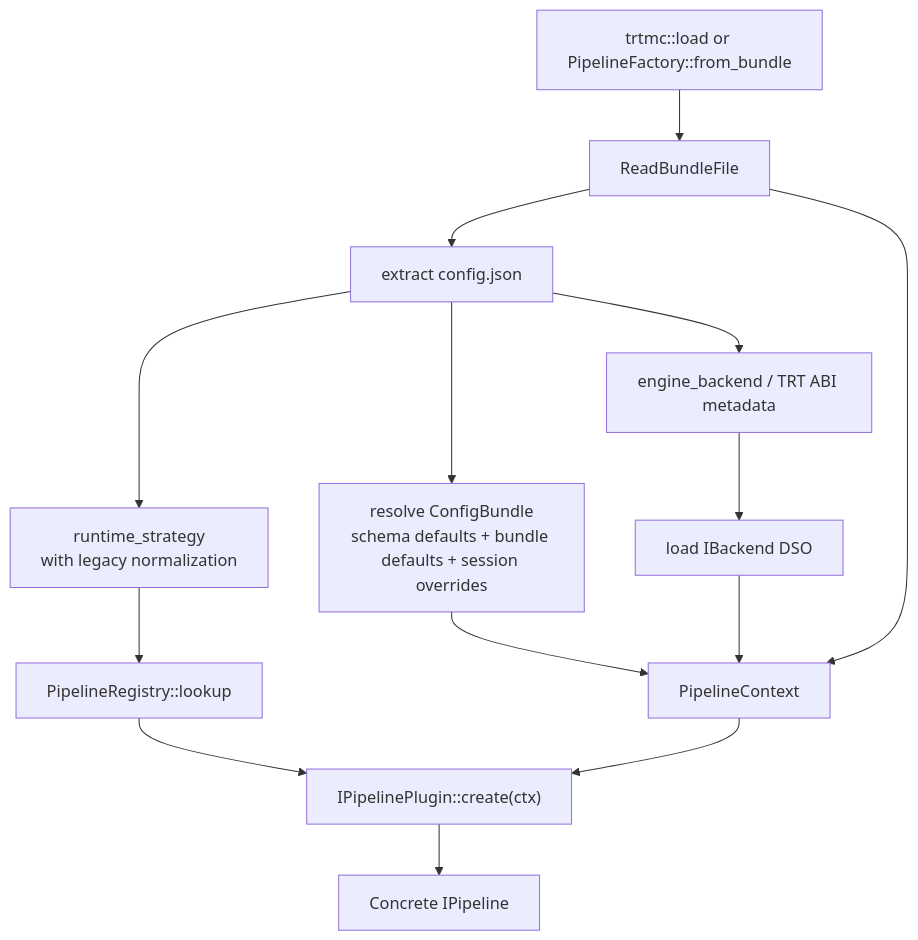
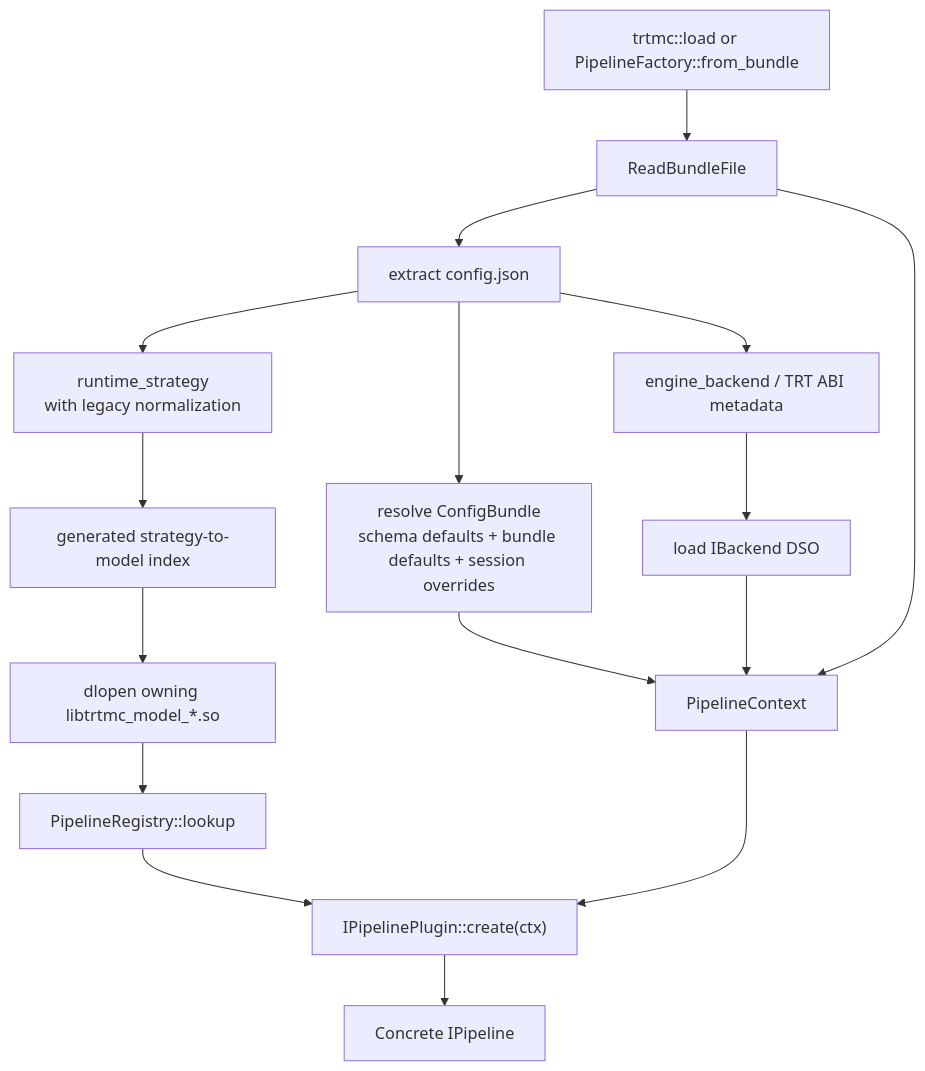
The fifth of 6 diagrams in website/docs/architecture/overview.md (NVIDIA/TensorRT-Model-Connect), drawn with Mermaid before and after one commit. The commit also changed other lines of this file and 104 other files, not shown here.

First line of the commit message:
docs: align documentation with current architecture

````diff
--- a/website/docs/architecture/overview.md
+++ b/website/docs/architecture/overview.md
@@ -181,16 +184,18 @@
 ```mermaid
 flowchart TD
   Load["trtmc::load or PipelineFactory::from_bundle"] --> Read["ReadBundleFile"]
   Read --> Config["extract config.json"]
   Config --> Strategy["runtime_strategy<br/>with legacy normalization"]
+  Strategy --> Owner["generated strategy-to-model index"]
+  Owner --> ModelDSO["dlopen owning libtrtmc_model_*.so"]
+  ModelDSO --> Lookup["PipelineRegistry::lookup"]
   Config --> RuntimeConfig["resolve ConfigBundle<br/>schema defaults + bundle defaults + session overrides"]
   Config --> BackendName["engine_backend / TRT ABI metadata"]
   BackendName --> Backend["load IBackend DSO"]
-  Strategy --> Lookup["PipelineRegistry::lookup"]
   Lookup --> Plugin["IPipelinePlugin::create(ctx)"]
   RuntimeConfig --> Context["PipelineContext"]
   Backend --> Context
   Read --> Context
   Context --> Plugin
   Plugin --> Pipeline["Concrete IPipeline"]
 ```
````
